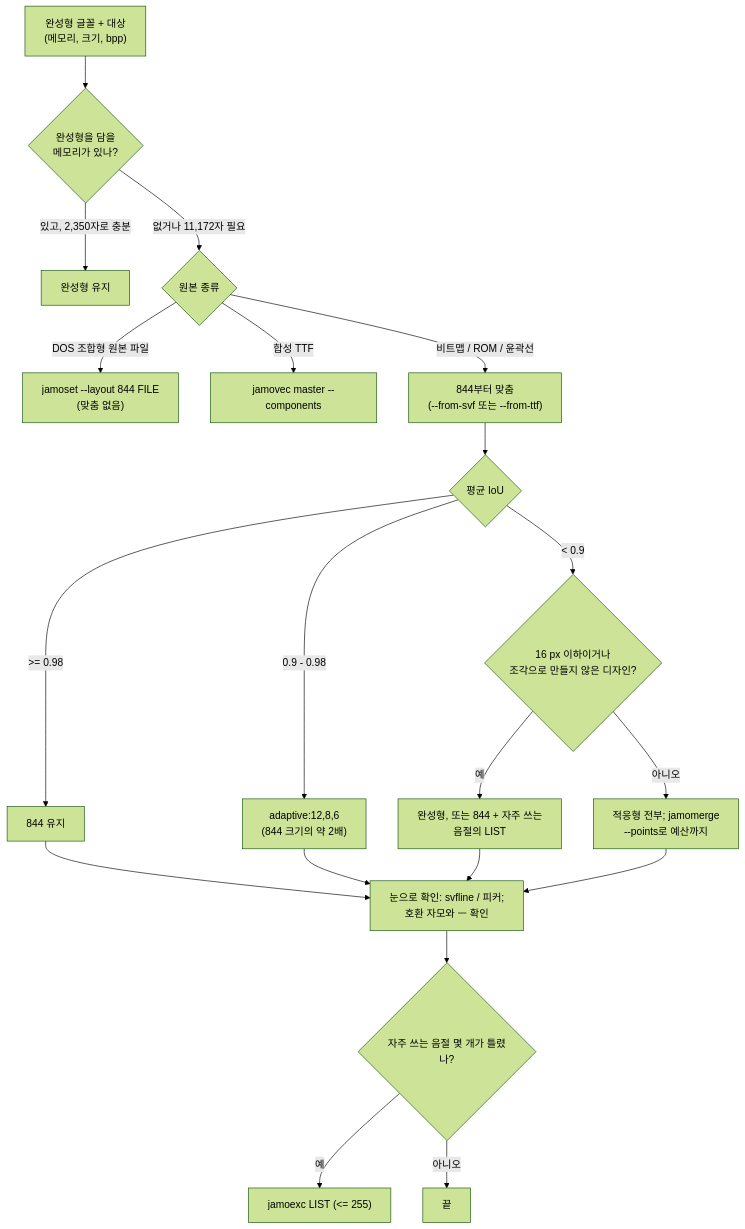
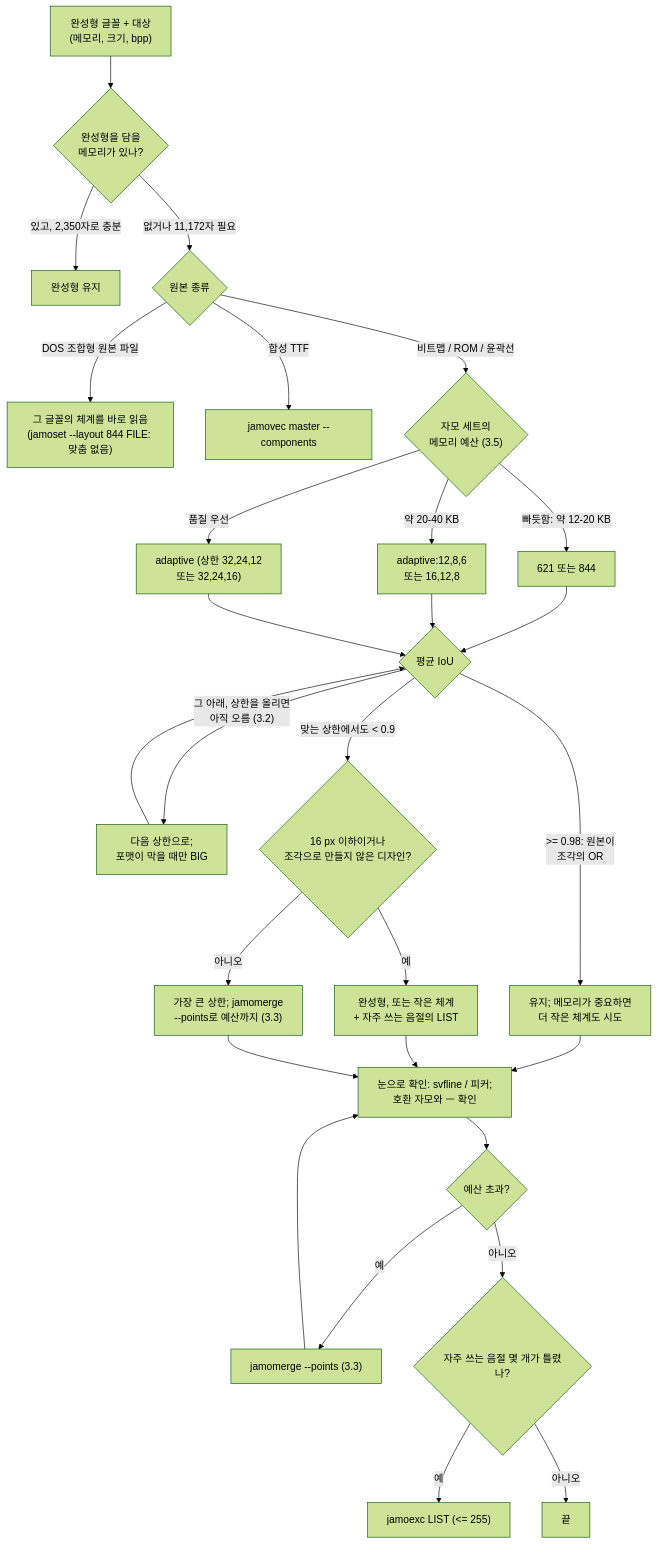
One commit to TaehyunKimLL/svf-fonts-open changed the fifth of 5 diagrams in docs/jamo-split.ko.md. Above: the diagram before and after it, drawn with Mermaid (forest theme). The commit also changed other lines of this file and 5 other files, not shown here.

````diff
--- a/docs/jamo-split.ko.md
+++ b/docs/jamo-split.ko.md
@@ -517,22 +627,30 @@
 ```mermaid
 flowchart TD
   A["완성형 글꼴 + 대상<br/>(메모리, 크기, bpp)"] --> B{"완성형을 담을<br/>메모리가 있나?"}
   B -->|"있고, 2,350자로 충분"| KP["완성형 유지"]
   B -->|"없거나 11,172자 필요"| C{"원본 종류"}
-  C -->|"DOS 조합형 원본 파일"| D["jamoset --layout 844 FILE<br/>(맞춤 없음)"]
+  C -->|"DOS 조합형 원본 파일"| D["그 글꼴의 체계를 바로 읽음<br/>(jamoset --layout 844 FILE: 맞춤 없음)"]
   C -->|"합성 TTF"| E["jamovec master --components"]
-  C -->|"비트맵 / ROM / 윤곽선"| F["844부터 맞춤<br/>(--from-svf 또는 --from-ttf)"]
-  F --> G{"평균 IoU"}
-  G -->|">= 0.98"| H["844 유지"]
-  G -->|"0.9 - 0.98"| I["adaptive:12,8,6<br/>(844 크기의 약 2배)"]
-  G -->|"< 0.9"| J{"16 px 이하이거나<br/>조각으로 만들지 않은 디자인?"}
-  J -->|예| K["완성형, 또는 844 + 자주 쓰는<br/>음절의 LIST"]
-  J -->|아니오| L["적응형 전부; jamomerge<br/>--points로 예산까지"]
+  C -->|"비트맵 / ROM / 윤곽선"| S{"자모 세트의<br/>메모리 예산 (3.5)"}
+  S -->|"빠듯함: 약 12-20 KB"| F1["621 또는 844"]
+  S -->|"약 20-40 KB"| F2["adaptive:12,8,6<br/>또는 16,12,8"]
+  S -->|"품질 우선"| F3["adaptive (상한 32,24,12<br/>또는 32,24,16)"]
+  F1 --> G{"평균 IoU"}
+  F2 --> G
+  F3 --> G
+  G -->|">= 0.98: 원본이<br/>조각의 OR"| H["유지; 메모리가 중요하면<br/>더 작은 체계도 시도"]
+  G -->|"그 아래, 상한을 올리면<br/>아직 오름 (3.2)"| UP["다음 상한으로;<br/>포맷이 막을 때만 BIG"]
+  G -->|"맞는 상한에서도 < 0.9"| J{"16 px 이하이거나<br/>조각으로 만들지 않은 디자인?"}
+  UP --> G
+  J -->|예| K["완성형, 또는 작은 체계<br/>+ 자주 쓰는 음절의 LIST"]
+  J -->|아니오| L["가장 큰 상한; jamomerge<br/>--points로 예산까지 (3.3)"]
   H --> M["눈으로 확인: svfline / 피커;<br/>호환 자모와 ㅡ 확인"]
-  I --> M
   K --> M
   L --> M
-  M --> N{"자주 쓰는 음절 몇 개가 틀렸나?"}
-  N -->|예| O["jamoexc LIST (<= 255)"]
-  N -->|아니오| P["끝"]
+  M --> N{"예산 초과?"}
+  N -->|예| R["jamomerge --points (3.3)"]
+  R --> M
+  N -->|아니오| Q{"자주 쓰는 음절 몇 개가 틀렸나?"}
+  Q -->|예| O["jamoexc LIST (<= 255)"]
+  Q -->|아니오| P["끝"]
 ```
````
